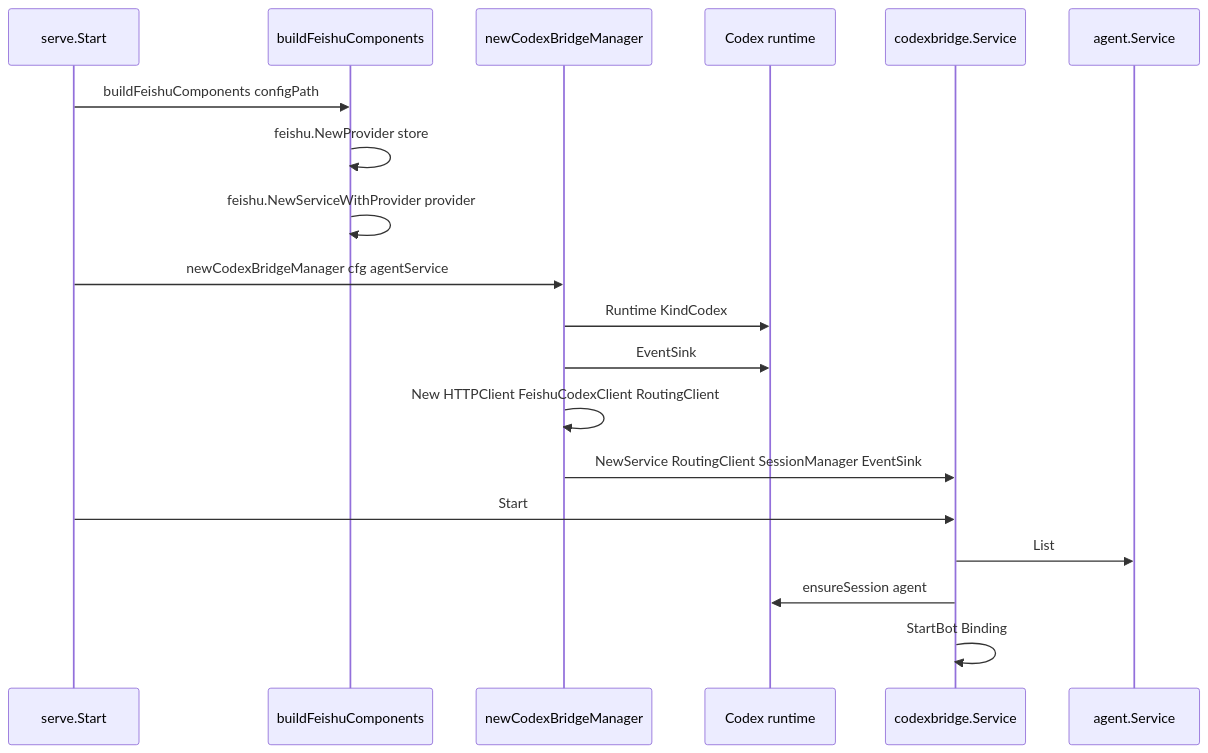
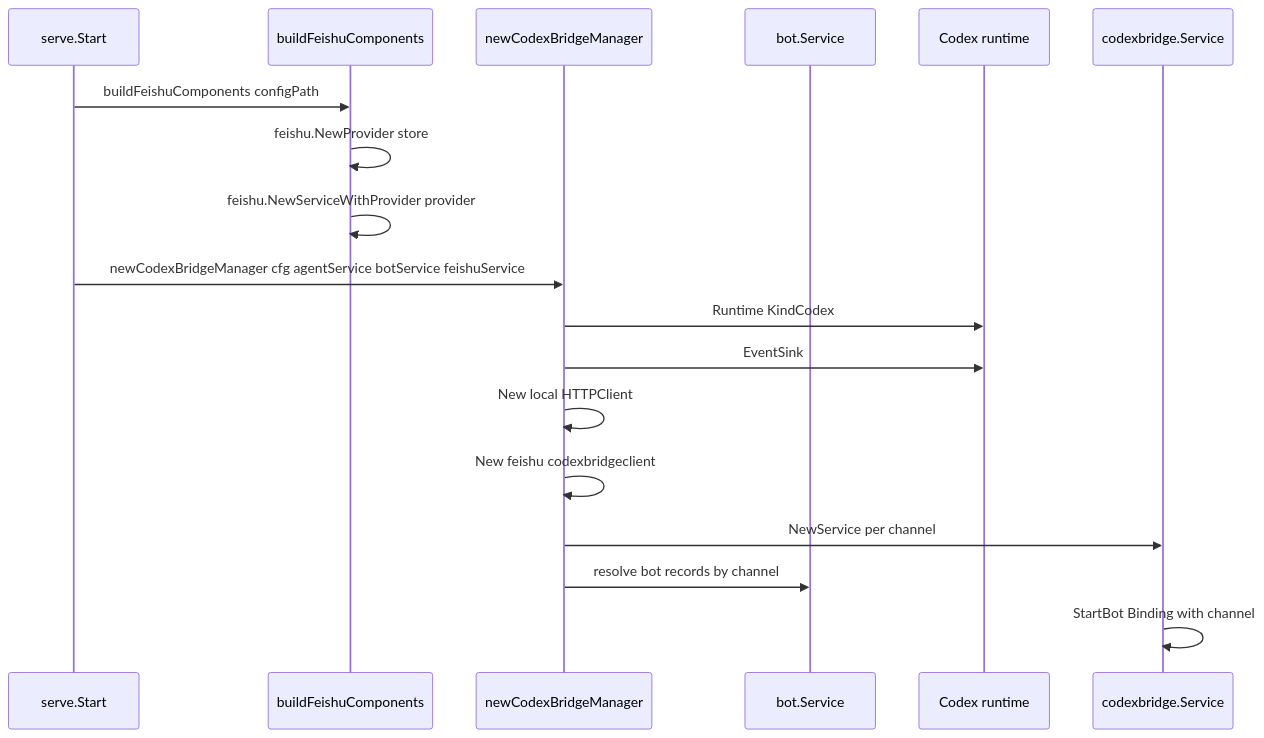
One commit to GatewayJ/csgclaw changed the ninth of 12 diagrams in docs/channel/codex-feishu.zh.md. Above: the diagram before and after it, drawn with Mermaid. The commit also changed other lines of this file, not shown here.

Commit message:
docs: align codex feishu bridge boundaries

````diff
--- a/docs/channel/codex-feishu.zh.md
+++ b/docs/channel/codex-feishu.zh.md
@@ -389,22 +354,21 @@
 ```mermaid
 sequenceDiagram
     participant Serve as serve.Start
     participant Feishu as buildFeishuComponents
     participant Manager as newCodexBridgeManager
+    participant Bots as bot.Service
     participant Runtime as Codex runtime
     participant Bridge as codexbridge.Service
-    participant Agent as agent.Service
 
     Serve->>Feishu: buildFeishuComponents configPath
     Feishu->>Feishu: feishu.NewProvider store
     Feishu->>Feishu: feishu.NewServiceWithProvider provider
-    Serve->>Manager: newCodexBridgeManager cfg agentService
+    Serve->>Manager: newCodexBridgeManager cfg agentService botService feishuService
     Manager->>Runtime: Runtime KindCodex
     Manager->>Runtime: EventSink
-    Manager->>Manager: New HTTPClient FeishuCodexClient RoutingClient
-    Manager->>Bridge: NewService RoutingClient SessionManager EventSink
-    Serve->>Bridge: Start
-    Bridge->>Agent: List
-    Bridge->>Runtime: ensureSession agent
-    Bridge->>Bridge: StartBot Binding
+    Manager->>Manager: New local HTTPClient
+    Manager->>Manager: New feishu codexbridgeclient
+    Manager->>Bridge: NewService per channel
+    Manager->>Bots: resolve bot records by channel
+    Bridge->>Bridge: StartBot Binding with channel
 ```
````
